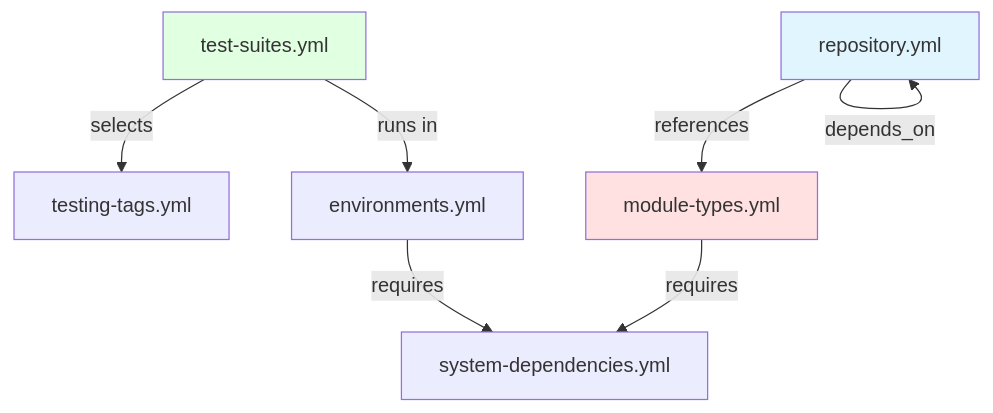
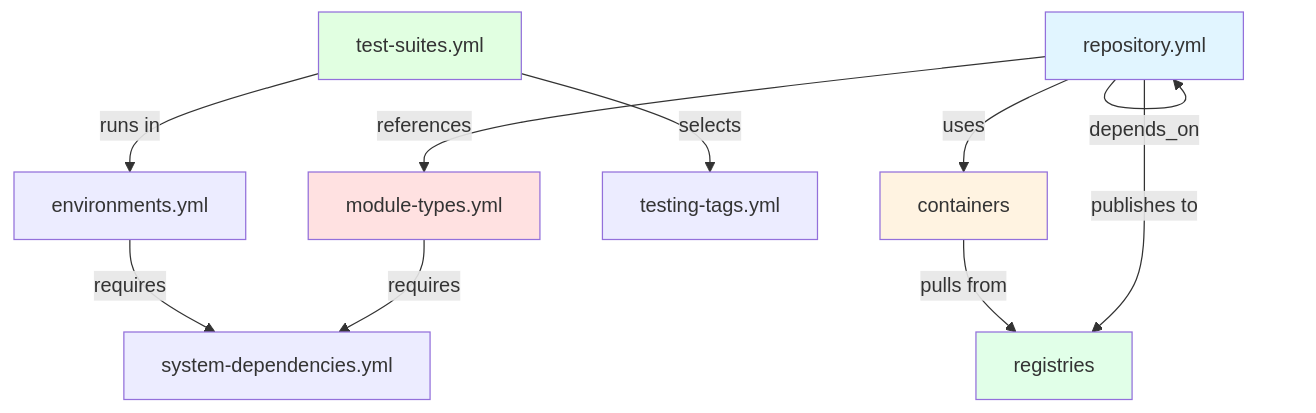
One commit to ready-to-release/eac changed the diagram in docs/reference/eac/contracts/index.md. Above: the diagram before and after it, drawn with Mermaid. The commit also changed other lines of this file and 539 other files, not shown here.

````diff
--- a/docs/reference/eac/contracts/index.md
+++ b/docs/reference/eac/contracts/index.md
@@ -389,13 +547,18 @@
 ```mermaid
 graph TB
     Modules[repository.yml] -->|references| Types[module-types.yml]
     Modules -->|depends_on| Modules
+    Modules -->|uses| Containers[containers]
+    Modules -->|publishes to| Registries[registries]
     Types -->|requires| SysDeps[system-dependencies.yml]
     Suites[test-suites.yml] -->|selects| Tags[testing-tags.yml]
     Suites -->|runs in| Envs[environments.yml]
     Envs -->|requires| SysDeps
+    Containers -->|pulls from| Registries
 
     style Modules fill:#e1f5ff
     style Types fill:#ffe1e1
     style Suites fill:#e1ffe1
+    style Containers fill:#fff3e1
+    style Registries fill:#e1ffe8
 ```
````
